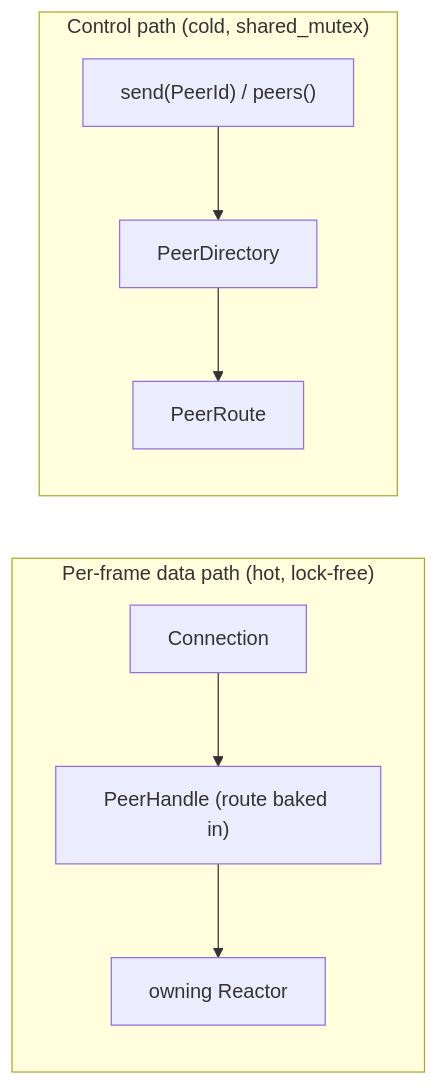
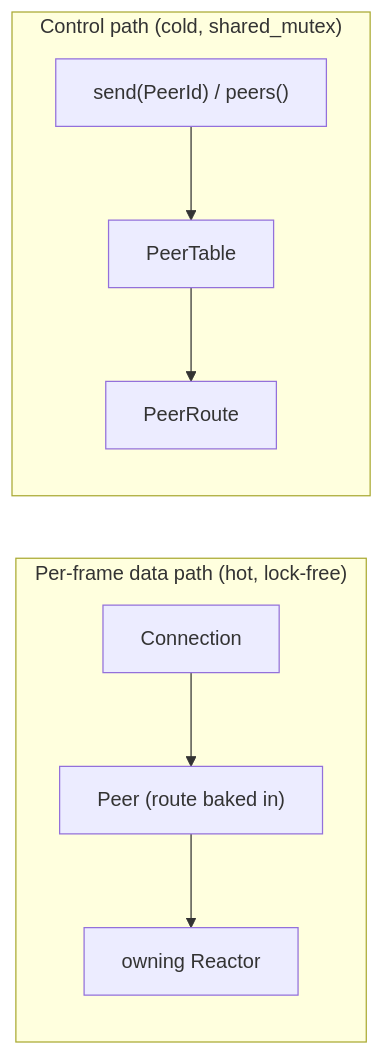
The eighth of 9 diagrams in ARCHITECTURE.md (librats/librats), drawn with Mermaid before and after one commit. The commit also changed other lines of this file and 39 other files, not shown here.

````diff
--- a/ARCHITECTURE.md
+++ b/ARCHITECTURE.md
@@ -374,9 +378,9 @@
 ```mermaid
 flowchart LR
     subgraph DataPath["Per-frame data path (hot, lock-free)"]
-      ConnIn["Connection"] --> Handle["PeerHandle (route baked in)"] --> ReplyReactor["owning Reactor"]
+      ConnIn["Connection"] --> Handle["Peer (route baked in)"] --> ReplyReactor["owning Reactor"]
     end
     subgraph ControlPath["Control path (cold, shared_mutex)"]
-      Lookup["send(PeerId) / peers()"] --> Directory["PeerDirectory"] --> Route["PeerRoute"]
+      Lookup["send(PeerId) / peers()"] --> Directory["PeerTable"] --> Route["PeerRoute"]
     end
 ```
````
